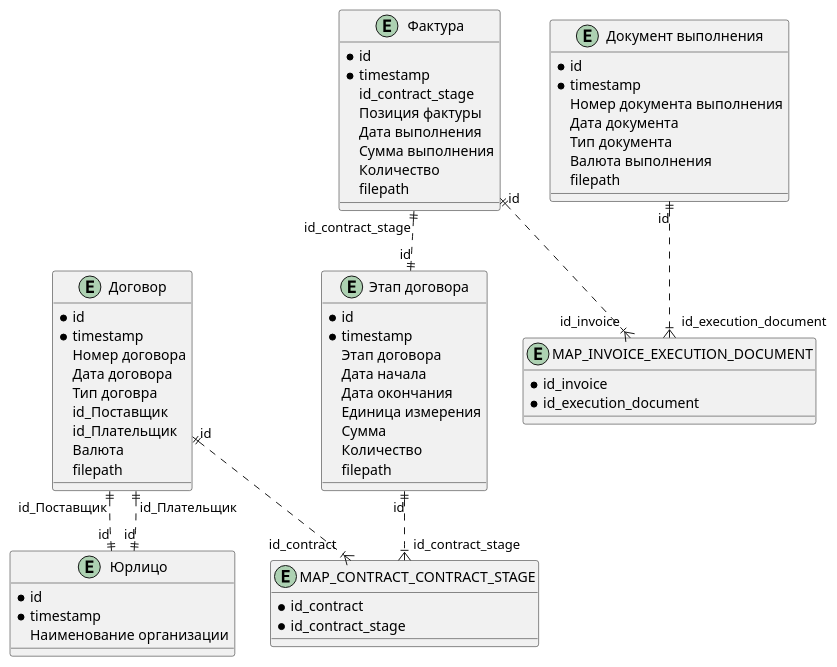
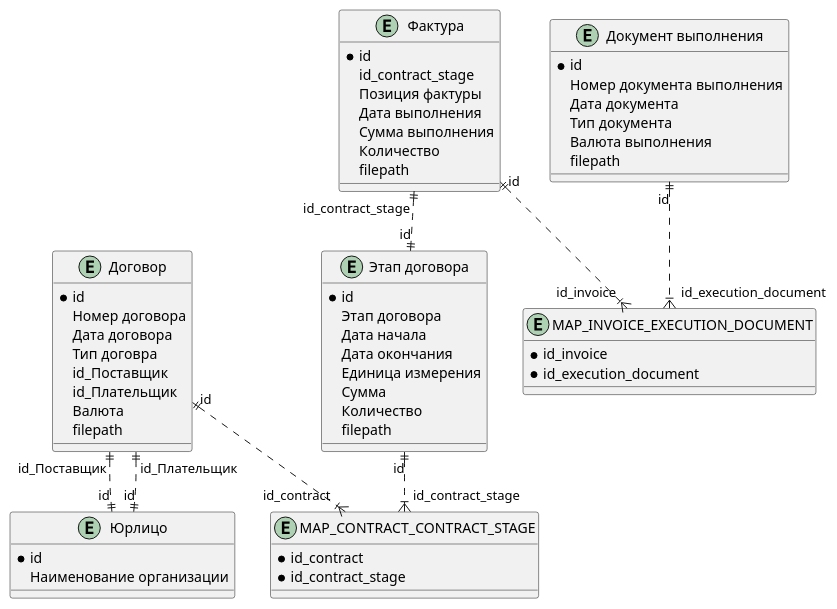
Before and after one commit to Shahimat/control-systems: the diagram in designed_task.wsd, drawn with PlantUML.

Commit message:
feat[db]: sheme - delete all TimeStamp's

```diff
--- a/designed_task.wsd
+++ b/designed_task.wsd
@@ -1,75 +1,70 @@
 @startuml
 
     entity "Договор" as CONTRACT {
         * id
-        * timestamp
         Номер договора
         Дата договора
         Тип договра
         id_Поставщик
         id_Плательщик
         Валюта
         filepath
     }
 
     entity "Юрлицо" as PERSON {
         * id
-        * timestamp
         Наименование организации
     }
 
     entity "Этап договора" as CONTRACT_STAGE {
         * id
-        * timestamp
         Этап договора
         Дата начала
         Дата окончания
         Единица измерения
         Сумма
         Количество
         filepath
     }
 
     entity "Фактура" as INVOICE {
         * id
-        * timestamp
         id_contract_stage
         Позиция фактуры
         Дата выполнения
         Сумма выполнения
         Количество
         filepath
     }
 
     entity "Документ выполнения" as EXECUTION_DOCUMENT {
         * id
-        * timestamp
         Номер документа выполнения
         Дата документа
         Тип документа
         Валюта выполнения
         filepath
     }
 
     entity MAP_CONTRACT_CONTRACT_STAGE {
         * id_contract
         * id_contract_stage
     }
 
     entity MAP_INVOICE_EXECUTION_DOCUMENT {
         * id_invoice
         * id_execution_document
     }
 
     CONTRACT       "id" ||..|{ "id_contract"       MAP_CONTRACT_CONTRACT_STAGE
     CONTRACT_STAGE "id" ||..|{ "id_contract_stage" MAP_CONTRACT_CONTRACT_STAGE
     
     INVOICE "id_contract_stage" ||..|| "id" CONTRACT_STAGE
     
     INVOICE            "id" ||..|{ "id_invoice"            MAP_INVOICE_EXECUTION_DOCUMENT
     EXECUTION_DOCUMENT "id" ||..|{ "id_execution_document" MAP_INVOICE_EXECUTION_DOCUMENT
     
     CONTRACT "id_Поставщик"  ||..|| "id" PERSON
     CONTRACT "id_Плательщик" ||..|| "id" PERSON
 
 @enduml
```
